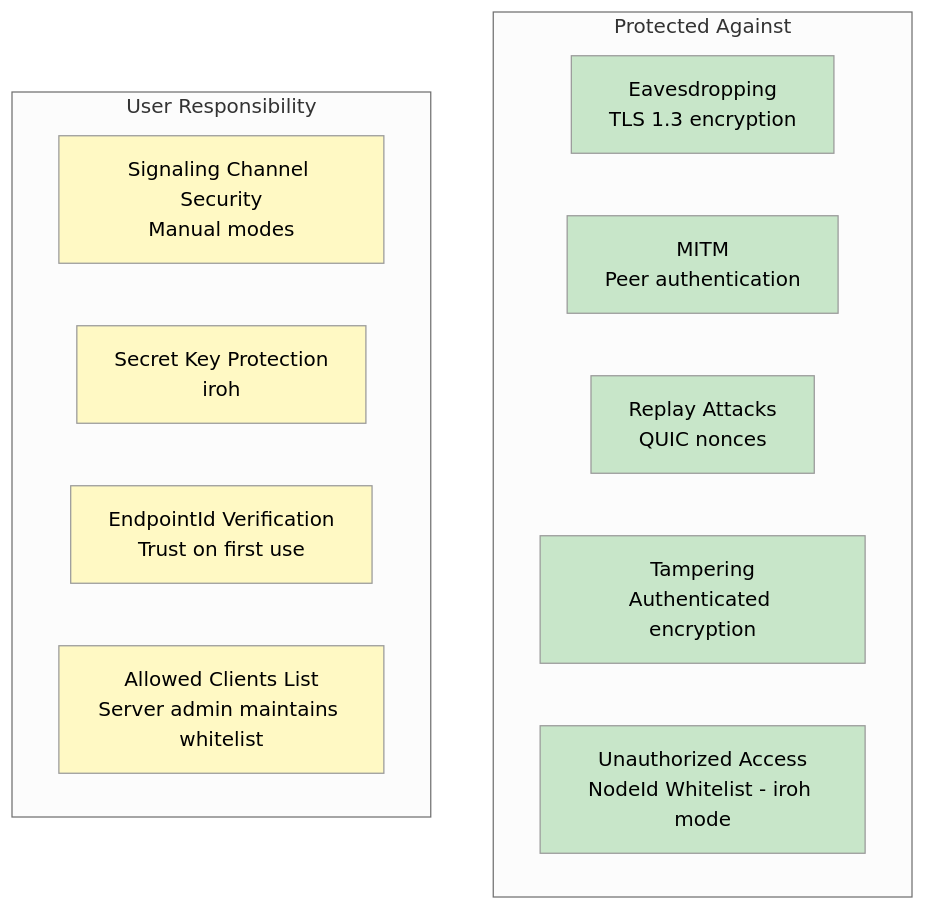
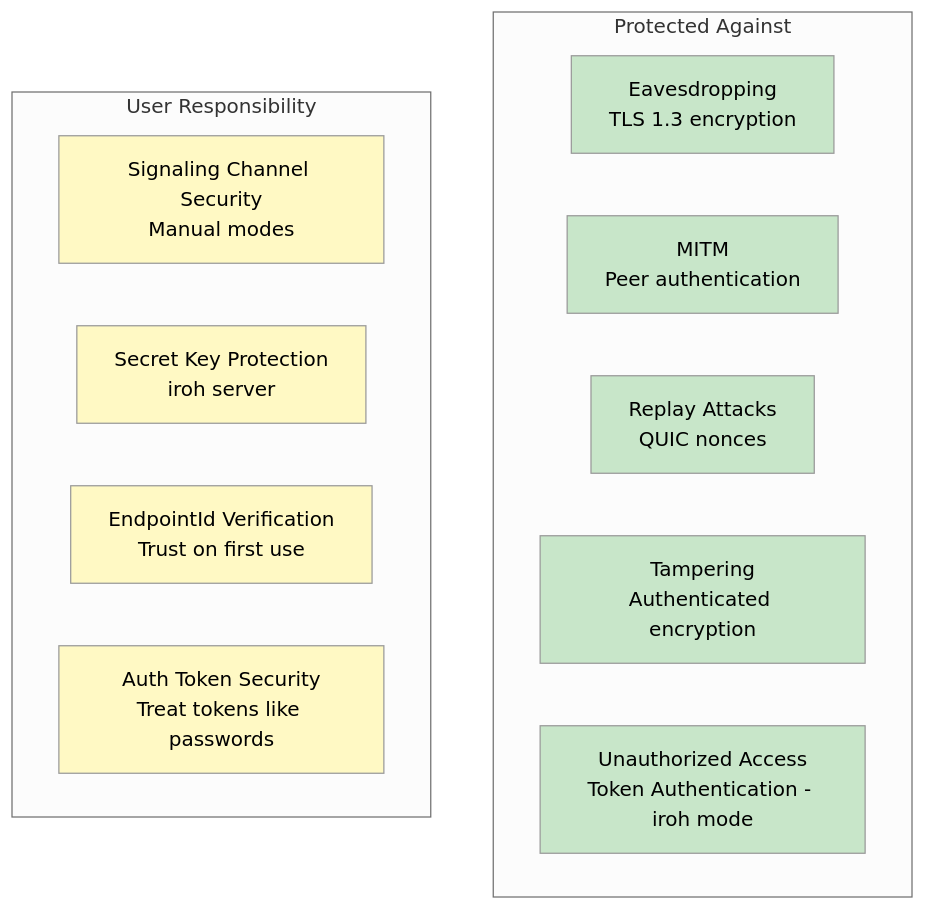
Before and after one commit to andrewtheguy/vpn-rs: diagram 28 of 35 in docs/ARCHITECTURE.md, drawn with Mermaid (neutral theme). The commit also changed other lines of this file and 11 other files, not shown here.

Commit message:
Implement token-based authentication for iroh multi-source mode

````diff
--- a/docs/ARCHITECTURE.md
+++ b/docs/ARCHITECTURE.md
@@ -1139,28 +1142,28 @@
 ```mermaid
 graph TB
     subgraph "Protected Against"
         A[Eavesdropping<br/>TLS 1.3 encryption]
         B[MITM<br/>Peer authentication]
         C[Replay Attacks<br/>QUIC nonces]
         D[Tampering<br/>Authenticated encryption]
-        E2[Unauthorized Access<br/>NodeId Whitelist - iroh mode]
+        E2[Unauthorized Access<br/>Token Authentication - iroh mode]
     end
 
     subgraph "User Responsibility"
         E[Signaling Channel Security<br/>Manual modes]
-        F[Secret Key Protection<br/>iroh]
+        F[Secret Key Protection<br/>iroh server]
         G[EndpointId Verification<br/>Trust on first use]
-        H[Allowed Clients List<br/>Server admin maintains whitelist]
+        H[Auth Token Security<br/>Treat tokens like passwords]
     end
 
     style A fill:#C8E6C9
     style B fill:#C8E6C9
     style C fill:#C8E6C9
     style D fill:#C8E6C9
     style E2 fill:#C8E6C9
 
     style E fill:#FFF9C4
     style F fill:#FFF9C4
     style G fill:#FFF9C4
     style H fill:#FFF9C4
 ```
````
